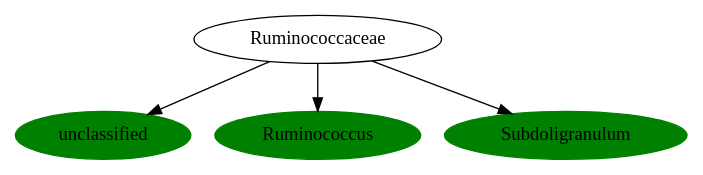
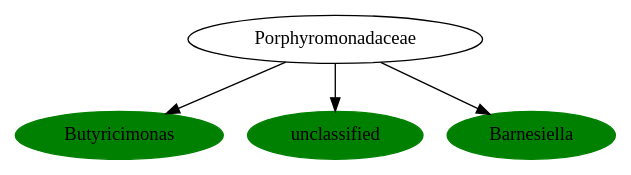
Before and after one commit to AndersHqst/thesis: the diagram in experiments/tmp/phylogenetic-tree/dotfiles/3.dot, drawn with Graphviz. The commit also changed 1139 other files, not shown here.

```diff
--- a/experiments/tmp/phylogenetic-tree/dotfiles/3.dot
+++ b/experiments/tmp/phylogenetic-tree/dotfiles/3.dot
@@ -1,15 +1,15 @@
 digraph G { 
-	Ruminococcaceaeunclassified [label="unclassified", color="green", style=filled];
-	ClostridialesRuminococcaceae [label="Ruminococcaceae"];
-	Ruminococcaceaeunclassified [label="unclassified"];
-	ClostridialesRuminococcaceae -> Ruminococcaceaeunclassified;
-	RuminococcaceaeRuminococcus [label="Ruminococcus", color="green", style=filled];
-	ClostridialesRuminococcaceae [label="Ruminococcaceae"];
-	RuminococcaceaeRuminococcus [label="Ruminococcus"];
-	ClostridialesRuminococcaceae -> RuminococcaceaeRuminococcus;
-	RuminococcaceaeSubdoligranulum [label="Subdoligranulum", color="green", style=filled];
-	ClostridialesRuminococcaceae [label="Ruminococcaceae"];
-	RuminococcaceaeSubdoligranulum [label="Subdoligranulum"];
-	ClostridialesRuminococcaceae -> RuminococcaceaeSubdoligranulum;
+	PorphyromonadaceaeButyricimonas [label="Butyricimonas", color="green", style=filled];
+	BacteroidalesPorphyromonadaceae [label="Porphyromonadaceae"];
+	PorphyromonadaceaeButyricimonas [label="Butyricimonas"];
+	BacteroidalesPorphyromonadaceae -> PorphyromonadaceaeButyricimonas;
+	Porphyromonadaceaeunclassified [label="unclassified", color="green", style=filled];
+	BacteroidalesPorphyromonadaceae [label="Porphyromonadaceae"];
+	Porphyromonadaceaeunclassified [label="unclassified"];
+	BacteroidalesPorphyromonadaceae -> Porphyromonadaceaeunclassified;
+	PorphyromonadaceaeBarnesiella [label="Barnesiella", color="green", style=filled];
+	BacteroidalesPorphyromonadaceae [label="Porphyromonadaceae"];
+	PorphyromonadaceaeBarnesiella [label="Barnesiella"];
+	BacteroidalesPorphyromonadaceae -> PorphyromonadaceaeBarnesiella;
 
  }
```
